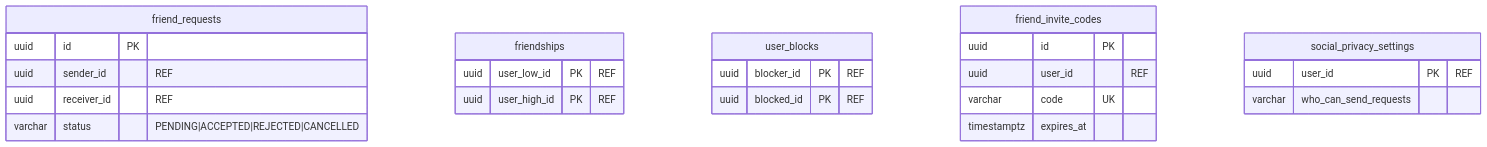
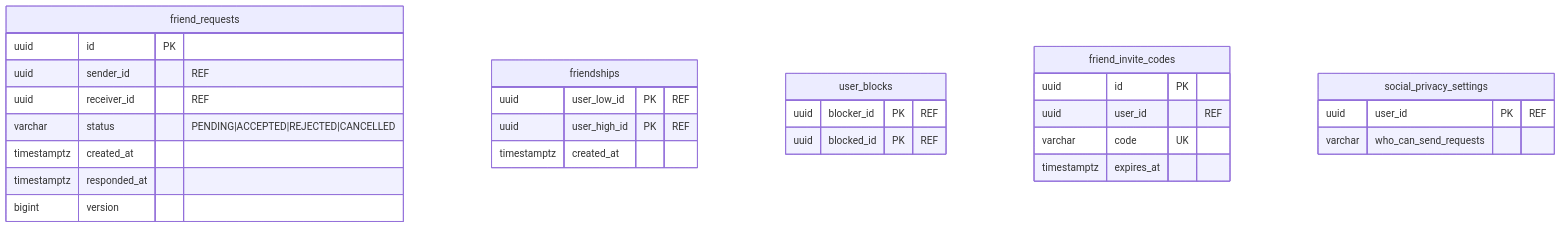
The eighth of 18 diagrams in docs/er-diagram.md (alperrte/lobbytwozero), drawn with Mermaid before and after one commit. The commit also changed 45 other files, not shown here.

````diff
--- a/docs/er-diagram.md
+++ b/docs/er-diagram.md
@@ -395,27 +395,31 @@
 ```mermaid
 erDiagram
   friend_requests {
     uuid id PK
     uuid sender_id "REF"
     uuid receiver_id "REF"
     varchar status "PENDING|ACCEPTED|REJECTED|CANCELLED"
+    timestamptz created_at
+    timestamptz responded_at
+    bigint version
   }
   friendships {
     uuid user_low_id PK "REF"
     uuid user_high_id PK "REF"
+    timestamptz created_at
   }
   user_blocks {
     uuid blocker_id PK "REF"
     uuid blocked_id PK "REF"
   }
   friend_invite_codes {
     uuid id PK
     uuid user_id "REF"
     varchar code UK
     timestamptz expires_at
   }
   social_privacy_settings {
     uuid user_id PK "REF"
     varchar who_can_send_requests
   }
 ```
````
